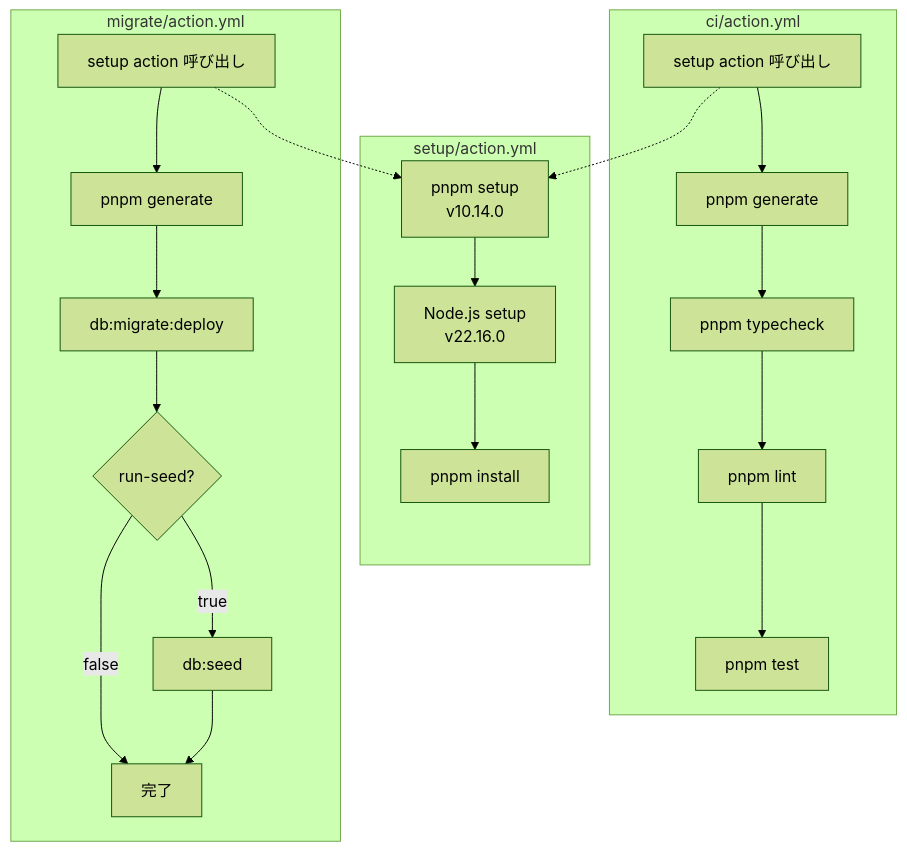
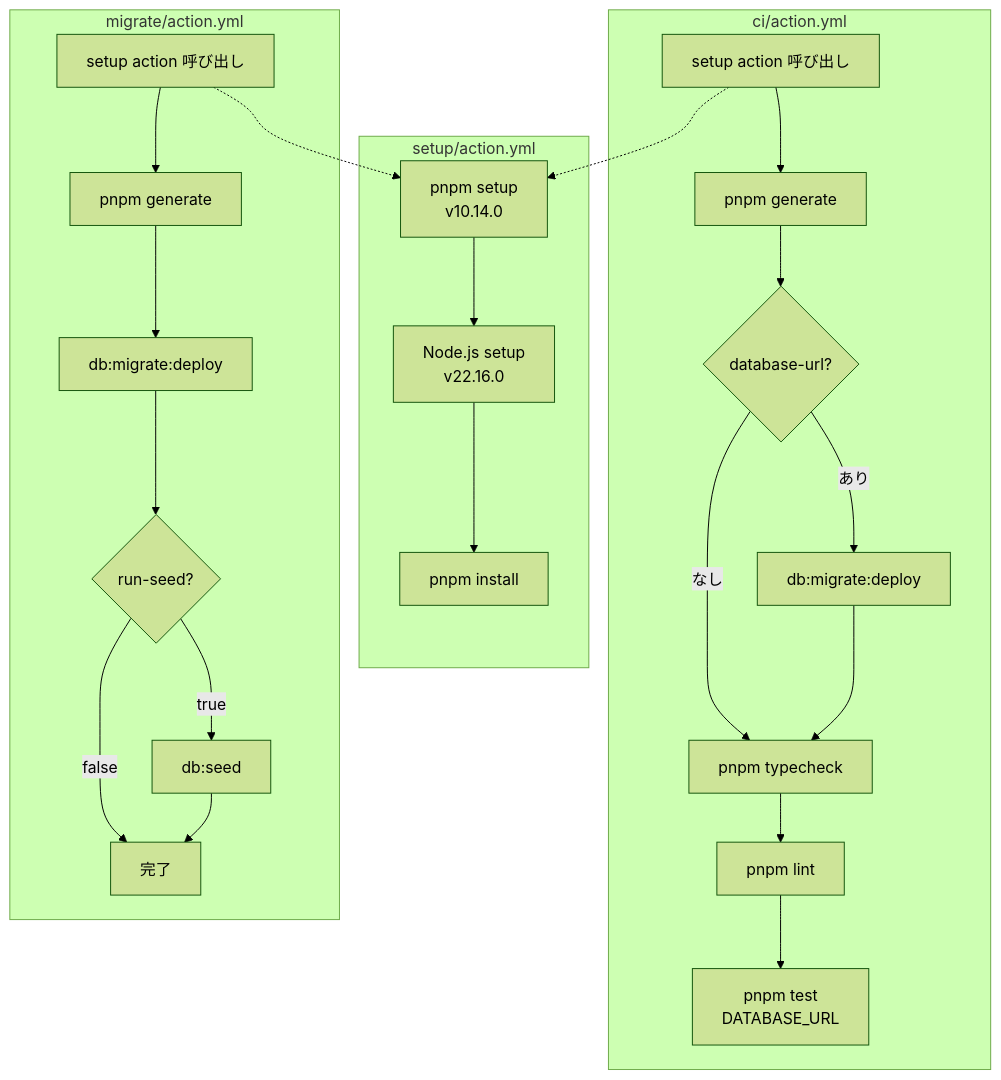
One commit to einja-inc/einja-management-template changed the third of 12 diagrams in docs/einja/steering/infrastructure/deployment.md. Above: the diagram before and after it, drawn with Mermaid (forest theme). The commit also changed other lines of this file, not shown here.

````diff
--- a/docs/einja/steering/infrastructure/deployment.md
+++ b/docs/einja/steering/infrastructure/deployment.md
@@ -170,26 +170,29 @@
 ```mermaid
 flowchart TB
     subgraph "setup/action.yml"
         S1[pnpm setup<br/>v10.14.0] --> S2[Node.js setup<br/>v22.16.0]
         S2 --> S3[pnpm install]
     end
 
     subgraph "ci/action.yml"
         C1[setup action 呼び出し] --> C2[pnpm generate]
-        C2 --> C3[pnpm typecheck]
+        C2 --> C2B{database-url?}
+        C2B -->|あり| C2C[db:migrate:deploy]
+        C2B -->|なし| C3
+        C2C --> C3[pnpm typecheck]
         C3 --> C4[pnpm lint]
-        C4 --> C5[pnpm test]
+        C4 --> C5[pnpm test<br/>DATABASE_URL]
     end
 
     subgraph "migrate/action.yml"
         M1[setup action 呼び出し] --> M2[pnpm generate]
         M2 --> M3[db:migrate:deploy]
         M3 --> M4{run-seed?}
         M4 -->|true| M5[db:seed]
         M4 -->|false| M6[完了]
         M5 --> M6
     end
 
     C1 -.-> S1
     M1 -.-> S1
 ```
````
